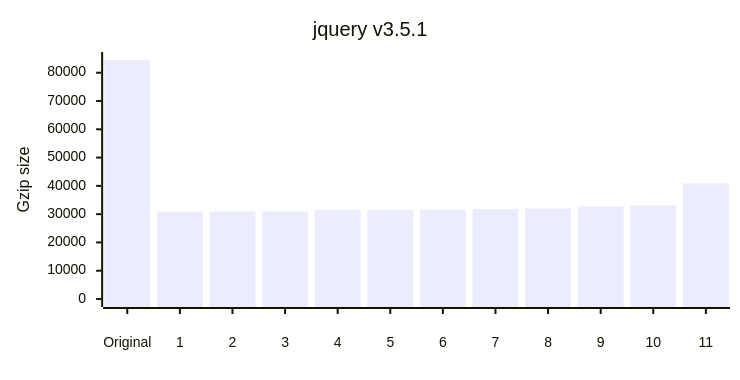
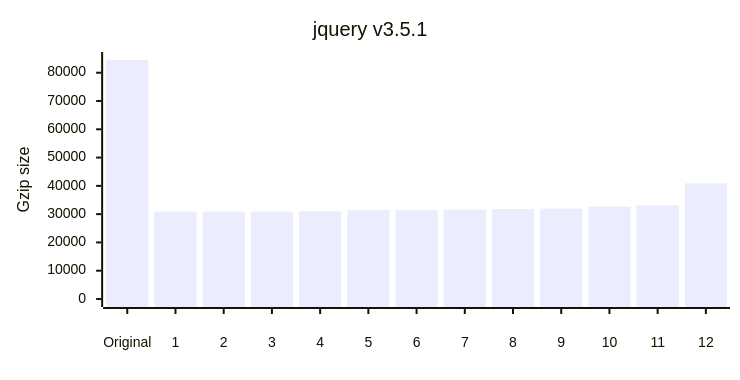
Before and after one commit to privatenumber/minification-benchmarks: the third of 12 diagrams in README.md, drawn with Mermaid. The commit also changed other lines of this file and 1 other file, not shown here.

````diff
--- a/README.md
+++ b/README.md
@@ -147,17 +150,17 @@
 ```mermaid
 ---
 config:
     xyChart:
         width: 720
         height: 360
         xAxis:
             labelPadding: 20
         yAxis:
             labelPadding: 10
 ---
 xychart-beta
 	title "jquery v3.5.1"
-	x-axis ["Original",1,2,3,4,5,6,7,8,9,10,11]
+	x-axis ["Original",1,2,3,4,5,6,7,8,9,10,11,12]
 	y-axis "Gzip size" 0 --> 84498
-	bar [84498,30879,30903,30912,31468,31470,31621,31799,31954,32653,33086,40879]
+	bar [84498,30879,30903,30912,30976,31468,31470,31621,31799,31954,32653,33086,40879]
 ```
````
